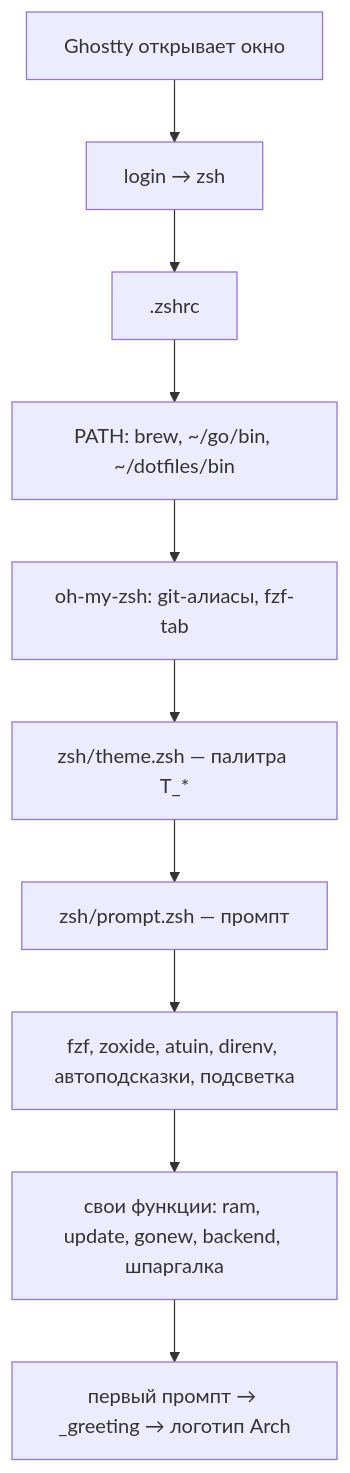
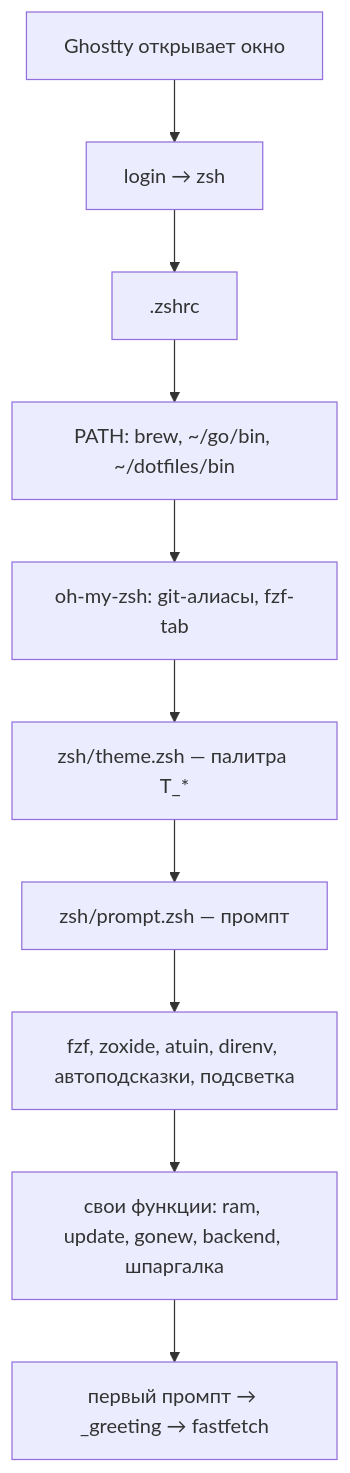
One commit to van1dalgrr-arch/dotfiles changed the second of 3 diagrams in docs/how-it-works.ru.md. Above: the diagram before and after it, drawn with Mermaid. The commit also changed other lines of this file and 9 other files, not shown here.

````diff
--- a/docs/how-it-works.ru.md
+++ b/docs/how-it-works.ru.md
@@ -45,12 +45,12 @@
 ```mermaid
 flowchart TD
     A[Ghostty открывает окно] --> B[login → zsh]
     B --> C[.zshrc]
     C --> D[PATH: brew, ~/go/bin, ~/dotfiles/bin]
     D --> E[oh-my-zsh: git-алиасы, fzf-tab]
     E --> F[zsh/theme.zsh — палитра T_*]
     F --> G[zsh/prompt.zsh — промпт]
     G --> H[fzf, zoxide, atuin, direnv, автоподсказки, подсветка]
     H --> I[свои функции: ram, update, gonew, backend, шпаргалка]
-    I --> J[первый промпт → _greeting → логотип Arch]
+    I --> J[первый промпт → _greeting → fastfetch]
 ```
````
